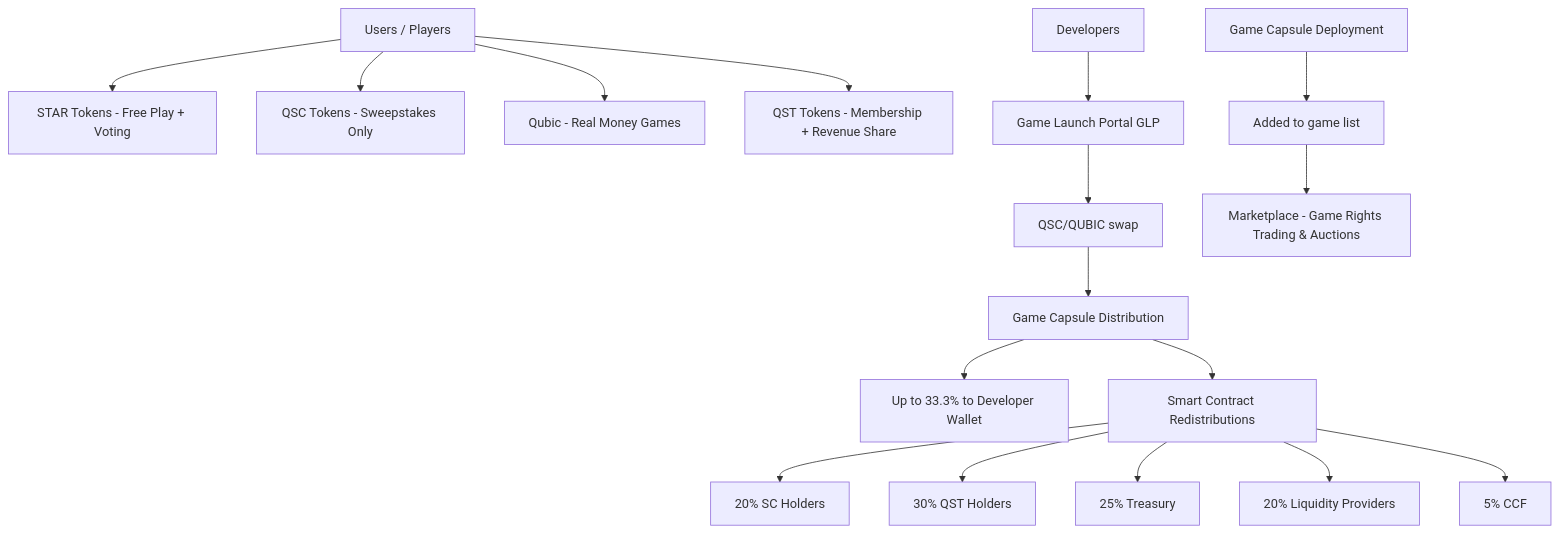
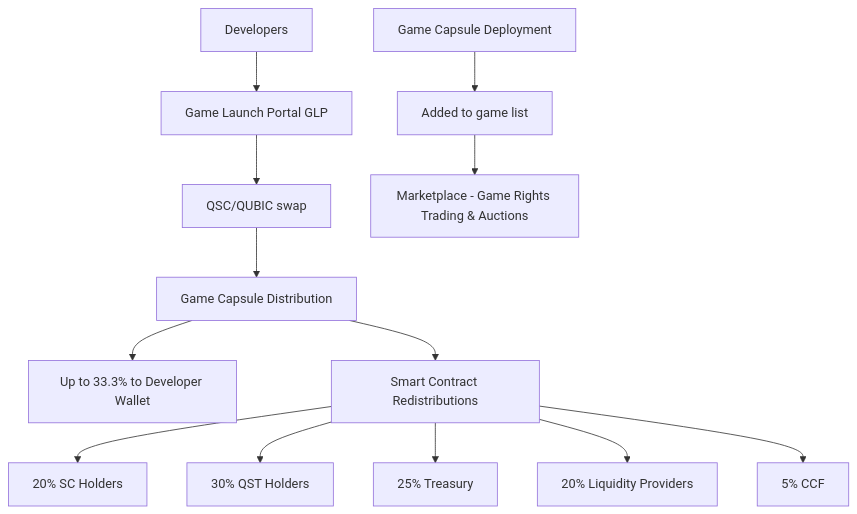
One commit to nineisten/qusino changed the second of 5 diagrams in README.md. Above: the diagram before and after it, drawn with Mermaid.

````diff
--- a/README.md
+++ b/README.md
@@ -19,22 +26,17 @@
 ```mermaid
 flowchart TD
-    A[Users / Players] --> B[STAR Tokens - Free Play + Voting]
-    A --> C[QSC Tokens - Sweepstakes Only]
-    A --> D[Qubic - Real Money Games]
-    A --> E[QST Tokens - Membership + Revenue Share]
-
     F[Game Launch Portal GLP] --> G[QSC/QUBIC swap] --> H[Game Capsule Distribution]
     H--> HH[Up to 33.3% to Developer Wallet]
     H-->I[Smart Contract Redistributions]
     I --> J[20% SC Holders]
     I --> K[30% QST Holders]
     I --> L[25% Treasury]
     I --> M[20% Liquidity Providers]
     I --> N[5% CCF]
 
     O[Developers] --> F
     P[Game Capsule Deployment] --> Q[Added to game list]-->R[Marketplace - Game Rights Trading & Auctions]
 
     
 
 ```
````
